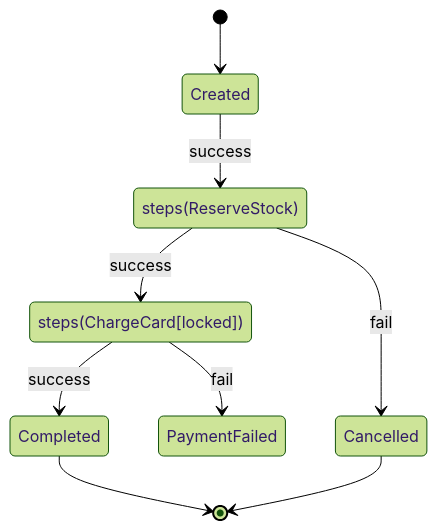
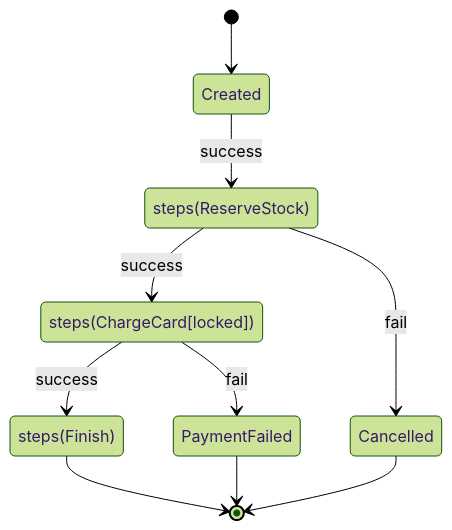
Before and after one commit to AlePur/stc_parser: the diagram in example/checkout.md, drawn with Mermaid (forest theme). The commit also changed other lines of this file and 11 other files, not shown here.

````diff
--- a/example/checkout.md
+++ b/example/checkout.md
@@ -5,14 +5,16 @@
 ```mermaid
 stateDiagram-v2
     Reserved : steps(ReserveStock)
     Processing : steps(ChargeCard[locked])
+    Completed : steps(Finish)
 
     [*] --> Created
     Created --> Reserved : success
     Reserved --> Processing : success
     Reserved --> Cancelled : fail
     Processing --> Completed : success
     Processing --> PaymentFailed : fail
     Completed --> [*]
     Cancelled --> [*]
+    PaymentFailed --> [*]
 ```
````
